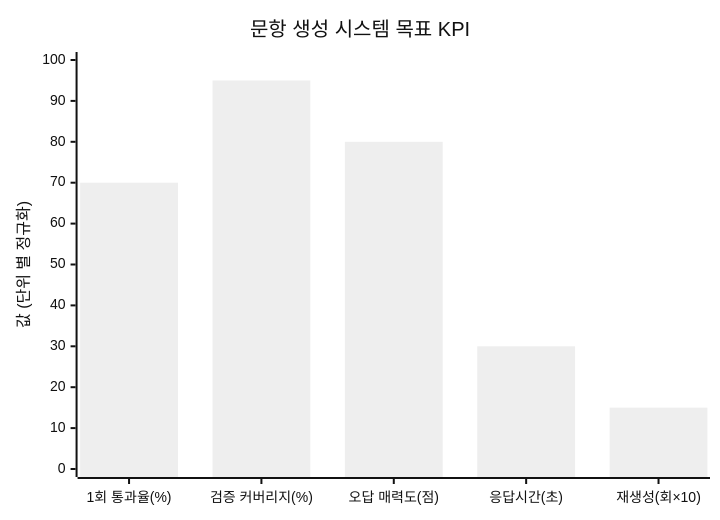
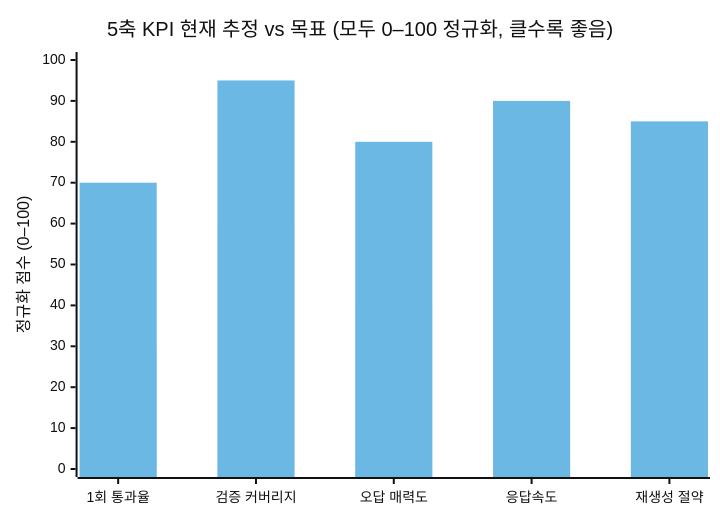
Diagram 26 of 36 in SLIDES_GAP_TO_PROGRESS.md (smilepat/myprojects), drawn with Mermaid (neutral theme) before and after one commit. The commit also changed other lines of this file, not shown here.

First line of the commit message:
docs(slides): add Sprint 2 - 8 system-depth charts

````diff
--- a/SLIDES_GAP_TO_PROGRESS.md
+++ b/SLIDES_GAP_TO_PROGRESS.md
@@ -492,7 +710,8 @@
 ```mermaid
 xychart-beta
-    title "문항 생성 시스템 목표 KPI"
-    x-axis ["1회 통과율(%)","검증 커버리지(%)","오답 매력도(점)","응답시간(초)","재생성(회×10)"]
-    y-axis "값 (단위 별 정규화)" 0 --> 100
-    bar [70, 95, 80, 30, 15]
+    title "5축 KPI 현재 추정 vs 목표 (모두 0–100 정규화, 클수록 좋음)"
+    x-axis ["1회 통과율","검증 커버리지","오답 매력도","응답속도","재생성 절약"]
+    y-axis "정규화 점수 (0–100)" 0 --> 100
+    bar [30, 60, 40, 50, 30]
+    bar [70, 95, 80, 90, 85]
 ```
````
